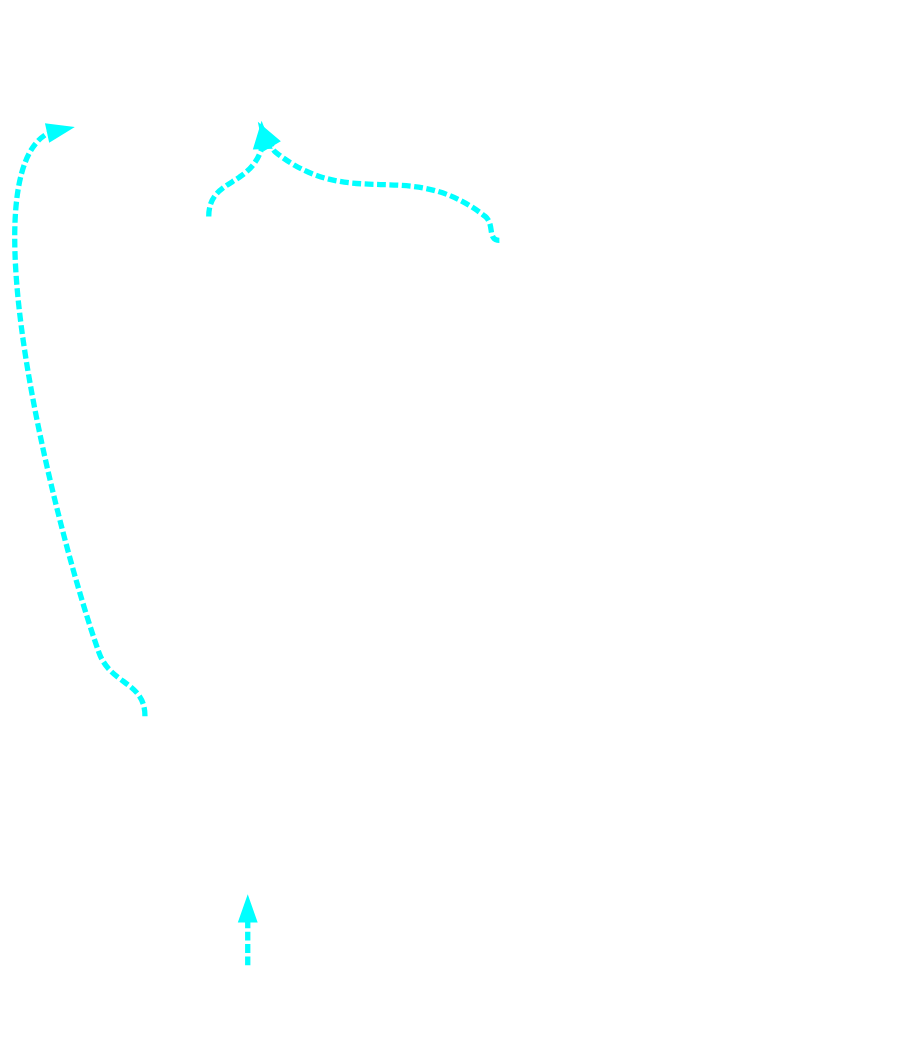
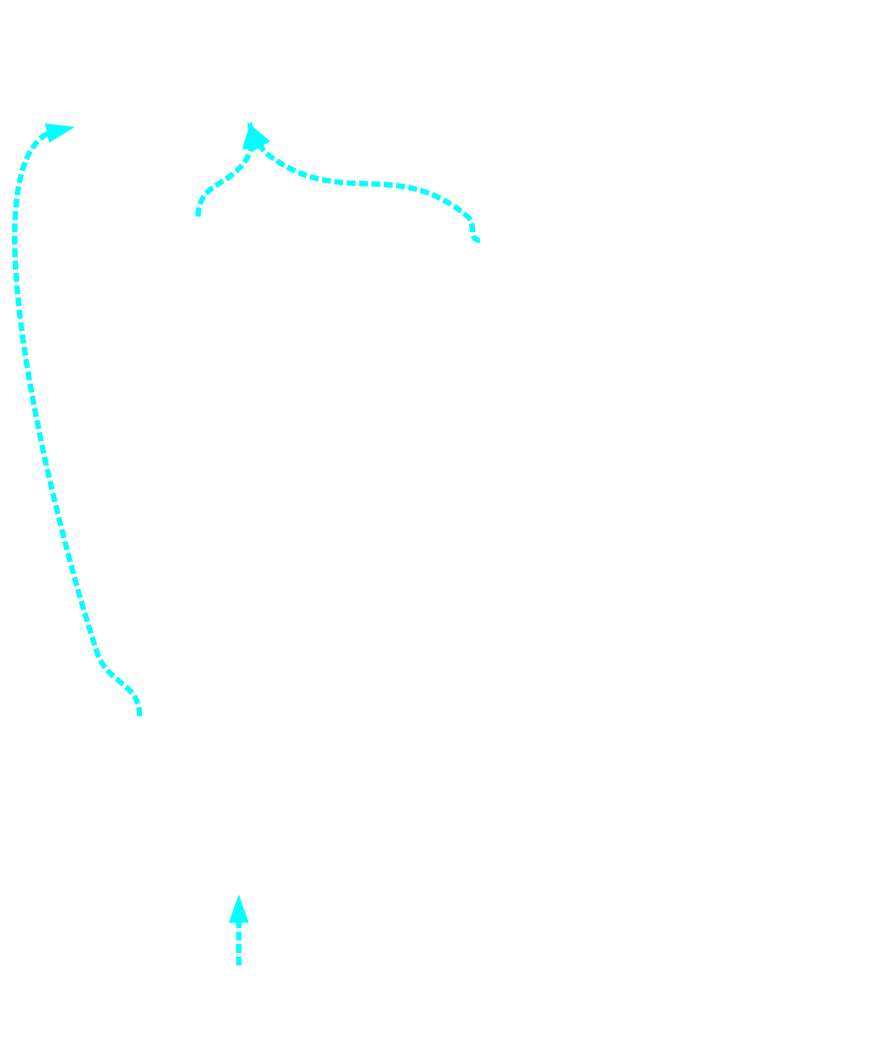
Before and after one commit to frasercrmck/llvm-leg: the diagram in docs/Codeplay/examples/ex1-entry-machine-dag-style.dot, drawn with Graphviz. The commit also changed 3 other files, not shown here.

Commit message:
Change the graph labels not to be bold.

```diff
--- a/docs/Codeplay/examples/ex1-entry-machine-dag-style.dot
+++ b/docs/Codeplay/examples/ex1-entry-machine-dag-style.dot
@@ -1,24 +1,24 @@
 digraph "scheduler input for foo:entry" {
 	rankdir="BT";
 	bgcolor="transparent";
 
-	Node0x3ffdd70 [shape=record,shape=Mrecord,label="{EntryToken|0x3ffdd70|{<d0>ch}}",penwidth=3,color="white",fontname="Calibri Bold",fontsize=16,fontcolor="white",fontname="Calibri Bold",fontsize=16,fontcolor="white"];
-	Node0x40239d0 [shape=record,shape=Mrecord,label="{Register %vreg1|0x40239d0|{<d0>i32}}",penwidth=3,color="white",fontname="Calibri Bold",fontsize=16,fontcolor="white",fontname="Calibri Bold",fontsize=16,fontcolor="white"];
-	Node0x4023be0 [shape=record,shape=Mrecord,label="{Register %vreg2|0x4023be0|{<d0>i32}}",penwidth=3,color="white",fontname="Calibri Bold",fontsize=16,fontcolor="white",fontname="Calibri Bold",fontsize=16,fontcolor="white"];
-	Node0x4023ef8 [shape=record,shape=Mrecord,label="{Register %vreg0|0x4023ef8|{<d0>i32}}",penwidth=3,color="white",fontname="Calibri Bold",fontsize=16,fontcolor="white",fontname="Calibri Bold",fontsize=16,fontcolor="white"];
-	Node0x4023ad8 [shape=record,shape=Mrecord,label="{{<s0>0|<s1>1}|CopyFromReg [ORD=1]|0x4023ad8|{<d0>i32|<d1>ch}}",penwidth=3,color="white",fontname="Calibri Bold",fontsize=16,fontcolor="white",fontname="Calibri Bold",fontsize=16,fontcolor="white"];
-	Node0x4023ad8:s0 -> Node0x3ffdd70:d0[color=cyan,style=dashed,penwidth=3,fontname="Calibri Bold",fontsize=16,fontcolor="white",fontname="Calibri Bold",fontsize=16,fontcolor="white"];
-	Node0x4023ad8:s1 -> Node0x40239d0:d0[penwidth=3,color="white",fontname="Calibri Bold",fontsize=16,fontcolor="white"];
-	Node0x4023ce8 [shape=record,shape=Mrecord,label="{{<s0>0|<s1>1}|CopyFromReg [ORD=1]|0x4023ce8|{<d0>i32|<d1>ch}}",penwidth=3,color="white",fontname="Calibri Bold",fontsize=16,fontcolor="white",fontname="Calibri Bold",fontsize=16,fontcolor="white"];
-	Node0x4023ce8:s0 -> Node0x3ffdd70:d0[color=cyan,style=dashed,penwidth=3,fontname="Calibri Bold",fontsize=16,fontcolor="white",fontname="Calibri Bold",fontsize=16,fontcolor="white"];
-	Node0x4023ce8:s1 -> Node0x4023be0:d0[penwidth=3,color="white",fontname="Calibri Bold",fontsize=16,fontcolor="white"];
-	Node0x4023df0 [shape=record,shape=Mrecord,label="{{<s0>0|<s1>1}|ADDrr [ORD=2]|0x4023df0|{<d0>i32}}",penwidth=3,color="white",fontname="Calibri Bold",fontsize=16,fontcolor="white",fontname="Calibri Bold",fontsize=16,fontcolor="white"];
-	Node0x4023df0:s0 -> Node0x4023ad8:d0[penwidth=3,color="white",fontname="Calibri Bold",fontsize=16,fontcolor="white"];
-	Node0x4023df0:s1 -> Node0x4023ce8:d0[penwidth=3,color="white",fontname="Calibri Bold",fontsize=16,fontcolor="white"];
-	Node0x4024000 [shape=record,shape=Mrecord,label="{{<s0>0|<s1>1|<s2>2}|CopyToReg [ORD=2]|0x4024000|{<d0>ch}}",penwidth=3,color="white",fontname="Calibri Bold",fontsize=16,fontcolor="white",fontname="Calibri Bold",fontsize=16,fontcolor="white"];
-	Node0x4024000:s0 -> Node0x3ffdd70:d0[color=cyan,style=dashed,penwidth=3,fontname="Calibri Bold",fontsize=16,fontcolor="white",fontname="Calibri Bold",fontsize=16,fontcolor="white"];
-	Node0x4024000:s1 -> Node0x4023ef8:d0[penwidth=3,color="white",fontname="Calibri Bold",fontsize=16,fontcolor="white"];
-	Node0x4024000:s2 -> Node0x4023df0:d0[penwidth=3,color="white",fontname="Calibri Bold",fontsize=16,fontcolor="white"];
-	Node0x0[ plaintext=circle, label ="GraphRoot",penwidth=3,color="white",fontname="Calibri Bold",fontsize=16,fontcolor="white",fontname="Calibri Bold",fontsize=16,fontcolor="white"];
-	Node0x0 -> Node0x4024000:d0[color=cyan,style=dashed,penwidth=3,fontname="Calibri Bold",fontsize=16,fontcolor="white",fontname="Calibri Bold",fontsize=16,fontcolor="white"];
+	Node0x3ffdd70 [shape=record,shape=Mrecord,label="{EntryToken|0x3ffdd70|{<d0>ch}}",penwidth=3,color="white",fontname="Calibri",fontsize=16,fontcolor="white",fontname="Calibri",fontsize=16,fontcolor="white"];
+	Node0x40239d0 [shape=record,shape=Mrecord,label="{Register %vreg1|0x40239d0|{<d0>i32}}",penwidth=3,color="white",fontname="Calibri",fontsize=16,fontcolor="white",fontname="Calibri",fontsize=16,fontcolor="white"];
+	Node0x4023be0 [shape=record,shape=Mrecord,label="{Register %vreg2|0x4023be0|{<d0>i32}}",penwidth=3,color="white",fontname="Calibri",fontsize=16,fontcolor="white",fontname="Calibri",fontsize=16,fontcolor="white"];
+	Node0x4023ef8 [shape=record,shape=Mrecord,label="{Register %vreg0|0x4023ef8|{<d0>i32}}",penwidth=3,color="white",fontname="Calibri",fontsize=16,fontcolor="white",fontname="Calibri",fontsize=16,fontcolor="white"];
+	Node0x4023ad8 [shape=record,shape=Mrecord,label="{{<s0>0|<s1>1}|CopyFromReg [ORD=1]|0x4023ad8|{<d0>i32|<d1>ch}}",penwidth=3,color="white",fontname="Calibri",fontsize=16,fontcolor="white",fontname="Calibri",fontsize=16,fontcolor="white"];
+	Node0x4023ad8:s0 -> Node0x3ffdd70:d0[color=cyan,style=dashed,penwidth=3,fontname="Calibri",fontsize=16,fontcolor="white",fontname="Calibri",fontsize=16,fontcolor="white"];
+	Node0x4023ad8:s1 -> Node0x40239d0:d0[penwidth=3,color="white",fontname="Calibri",fontsize=16,fontcolor="white"];
+	Node0x4023ce8 [shape=record,shape=Mrecord,label="{{<s0>0|<s1>1}|CopyFromReg [ORD=1]|0x4023ce8|{<d0>i32|<d1>ch}}",penwidth=3,color="white",fontname="Calibri",fontsize=16,fontcolor="white",fontname="Calibri",fontsize=16,fontcolor="white"];
+	Node0x4023ce8:s0 -> Node0x3ffdd70:d0[color=cyan,style=dashed,penwidth=3,fontname="Calibri",fontsize=16,fontcolor="white",fontname="Calibri",fontsize=16,fontcolor="white"];
+	Node0x4023ce8:s1 -> Node0x4023be0:d0[penwidth=3,color="white",fontname="Calibri",fontsize=16,fontcolor="white"];
+	Node0x4023df0 [shape=record,shape=Mrecord,label="{{<s0>0|<s1>1}|ADDrr [ORD=2]|0x4023df0|{<d0>i32}}",penwidth=3,color="white",fontname="Calibri",fontsize=16,fontcolor="white",fontname="Calibri",fontsize=16,fontcolor="white"];
+	Node0x4023df0:s0 -> Node0x4023ad8:d0[penwidth=3,color="white",fontname="Calibri",fontsize=16,fontcolor="white"];
+	Node0x4023df0:s1 -> Node0x4023ce8:d0[penwidth=3,color="white",fontname="Calibri",fontsize=16,fontcolor="white"];
+	Node0x4024000 [shape=record,shape=Mrecord,label="{{<s0>0|<s1>1|<s2>2}|CopyToReg [ORD=2]|0x4024000|{<d0>ch}}",penwidth=3,color="white",fontname="Calibri",fontsize=16,fontcolor="white",fontname="Calibri",fontsize=16,fontcolor="white"];
+	Node0x4024000:s0 -> Node0x3ffdd70:d0[color=cyan,style=dashed,penwidth=3,fontname="Calibri",fontsize=16,fontcolor="white",fontname="Calibri",fontsize=16,fontcolor="white"];
+	Node0x4024000:s1 -> Node0x4023ef8:d0[penwidth=3,color="white",fontname="Calibri",fontsize=16,fontcolor="white"];
+	Node0x4024000:s2 -> Node0x4023df0:d0[penwidth=3,color="white",fontname="Calibri",fontsize=16,fontcolor="white"];
+	Node0x0[ plaintext=circle, label ="GraphRoot",penwidth=3,color="white",fontname="Calibri",fontsize=16,fontcolor="white",fontname="Calibri",fontsize=16,fontcolor="white"];
+	Node0x0 -> Node0x4024000:d0[color=cyan,style=dashed,penwidth=3,fontname="Calibri",fontsize=16,fontcolor="white",fontname="Calibri",fontsize=16,fontcolor="white"];
 }
```
